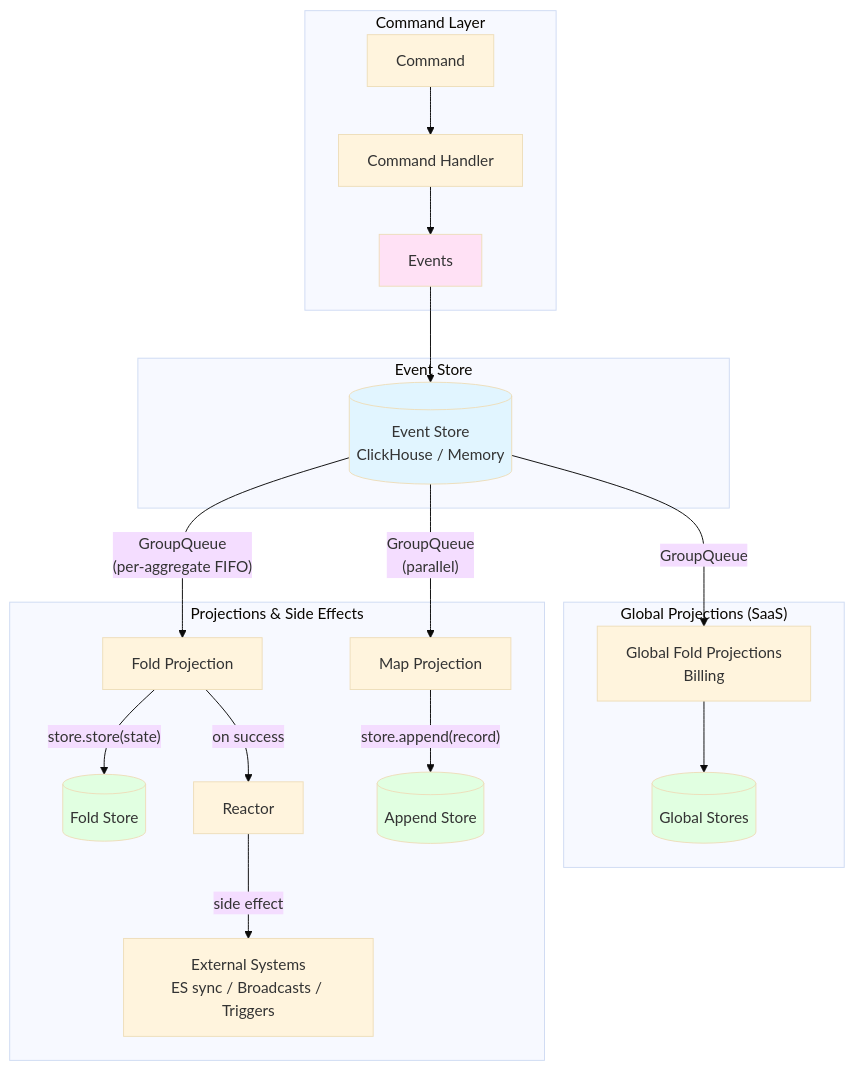
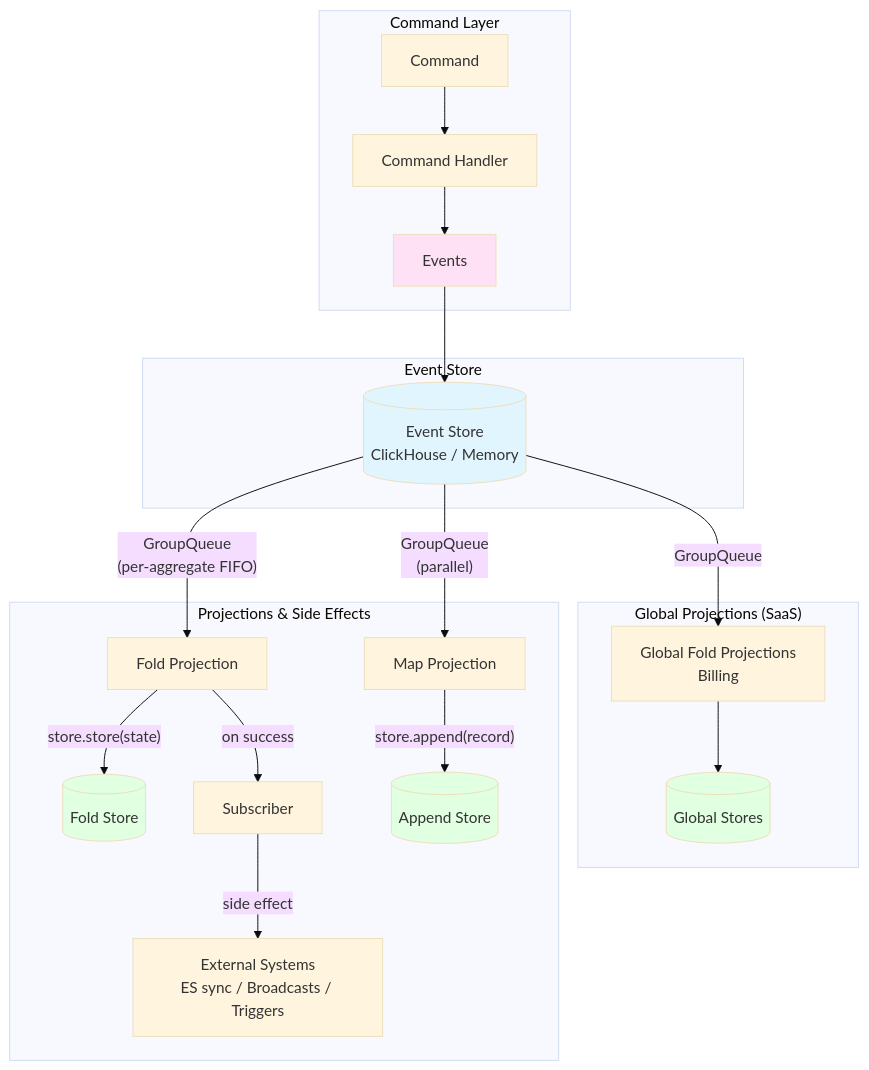
The diagram in platform/app/src/server/event-sourcing/ARCHITECTURE.md (langwatch/langwatch), drawn with Mermaid (base theme) before and after one commit. The commit also changed other lines of this file and 82 other files, not shown here.

````diff
--- a/platform/app/src/server/event-sourcing/ARCHITECTURE.md
+++ b/platform/app/src/server/event-sourcing/ARCHITECTURE.md
@@ -84,31 +84,31 @@
 ```mermaid
 graph TB
     subgraph "Command Layer"
         CMD[Command] --> CH[Command Handler]
         CH --> EVT[Events]
     end
 
     subgraph "Event Store"
         EVT --> ES[(Event Store<br/>ClickHouse / Memory)]
     end
 
     subgraph "Projections & Side Effects"
         ES --> |"GroupQueue<br/>(per-aggregate FIFO)"| FP[Fold Projection]
         ES --> |"GroupQueue<br/>(parallel)"| MP[Map Projection]
         FP --> |"store.store(state)"| FS[(Fold Store)]
         MP --> |"store.append(record)"| AS[(Append Store)]
-        FP --> |"on success"| R[Reactor]
+        FP --> |"on success"| R[Subscriber]
         R --> |"side effect"| EXT[External Systems<br/>ES sync / Broadcasts / Triggers]
     end
 
     subgraph "Global Projections (SaaS)"
         ES --> |"GroupQueue"| GP[Global Fold Projections<br/>Billing]
         GP --> GPS[(Global Stores)]
     end
 
     style ES fill:#e1f5ff
     style FS fill:#e1ffe1
     style AS fill:#e1ffe1
     style GPS fill:#e1ffe1
     style EVT fill:#ffe1f5
 ```
````
